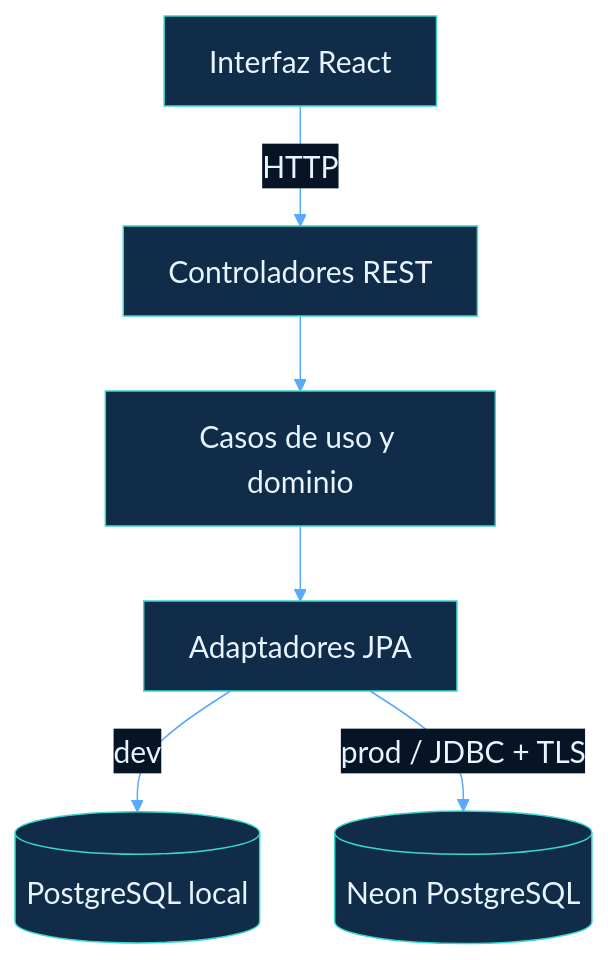
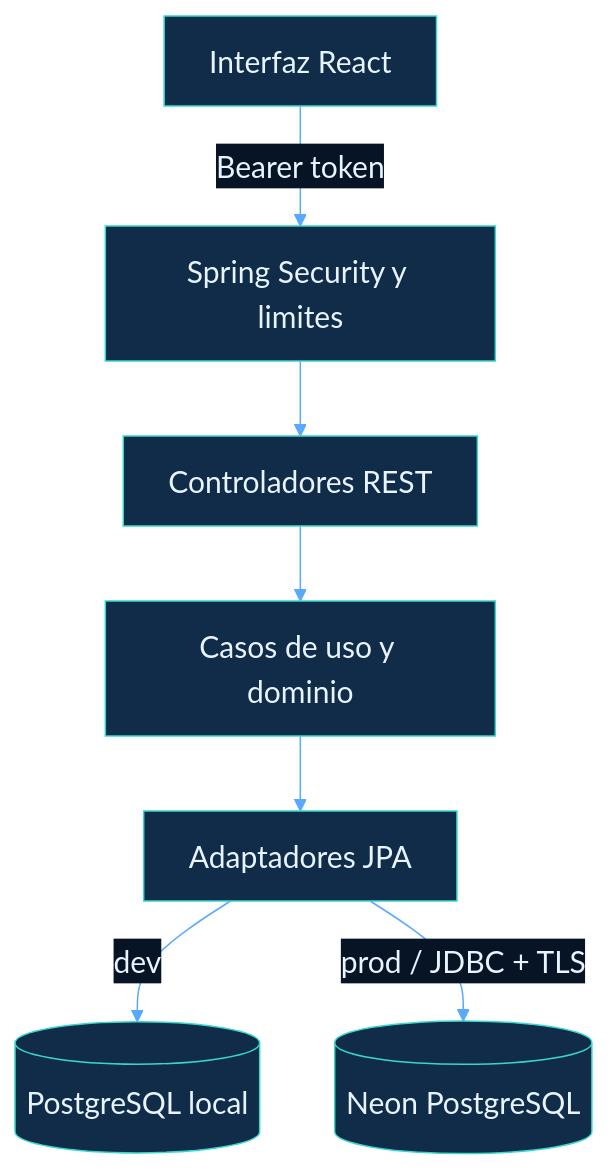
Before and after one commit to AirooSs/gestion-tareas-fullstack: the diagram in docs/diagrams/sources/full-stack.mmd, drawn with Mermaid. The commit also changed 15 other files, not shown here.

```diff
--- a/docs/diagrams/sources/full-stack.mmd
+++ b/docs/diagrams/sources/full-stack.mmd
@@ -1,7 +1,8 @@
 %%{init: {"theme":"base","themeVariables":{"tertiaryColor":"#0b2139","actorTextColor":"#e8f4ff","labelBoxBkgColor":"#102c49","nodeBorder":"#37d7cc","noteBorderColor":"#37d7cc","labelTextColor":"#e8f4ff","primaryBorderColor":"#37d7cc","primaryTextColor":"#e8f4ff","lineColor":"#59a9ff","secondaryColor":"#163b5d","noteTextColor":"#e8f4ff","background":"#071426","actorBkg":"#102c49","labelBoxBorderColor":"#37d7cc","edgeLabelBackground":"#071426","actorBorder":"#37d7cc","textColor":"#e8f4ff","signalTextColor":"#e8f4ff","signalColor":"#84c8ff","mainBkg":"#102c49","actorLineColor":"#5f9bbd","noteBkgColor":"#163b5d","fontSize":"20px","primaryColor":"#102c49","fontFamily":"Arial","loopTextColor":"#e8f4ff"}}}%%
 flowchart TD
- A["Interfaz React"] -->|HTTP| B["Controladores REST"]
+ A["Interfaz React"] -->|"Bearer token"| S["Spring Security y limites"]
+ S --> B["Controladores REST"]
  B --> C["Casos de uso y dominio"]
  C --> D["Adaptadores JPA"]
  D -->|"dev"| E[("PostgreSQL local")]
  D -->|"prod / JDBC + TLS"| F[("Neon PostgreSQL")]
```
